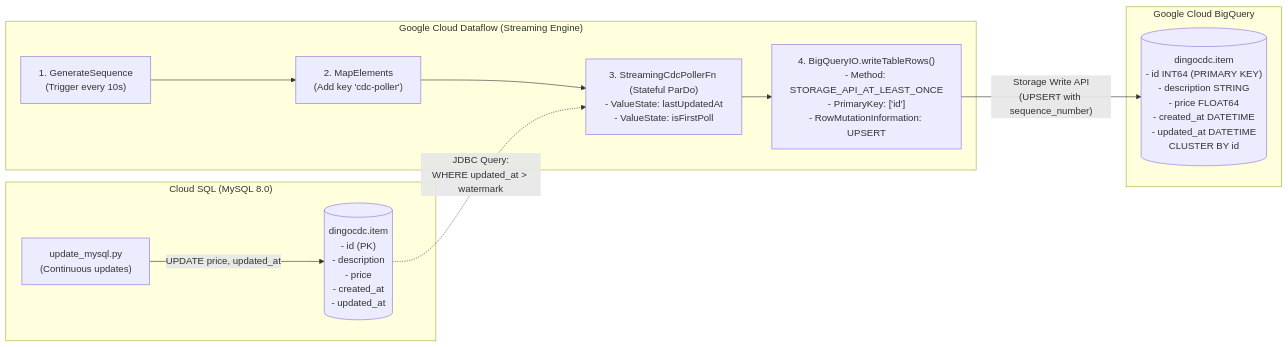
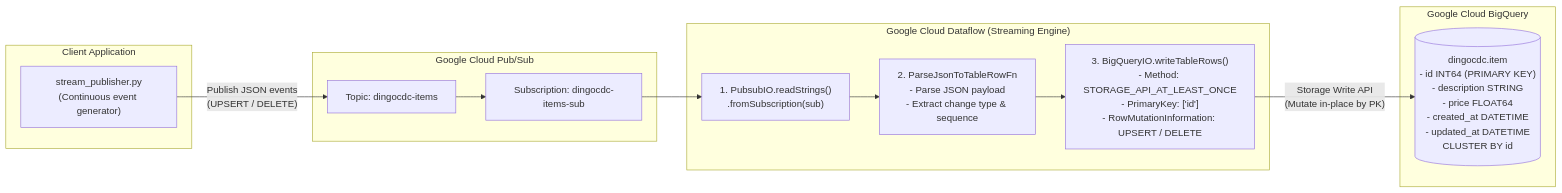
The first of 2 diagrams in README.md (cloudymoma/bqcdc), drawn with Mermaid before and after one commit. The commit also changed other lines of this file and 15 other files, not shown here.

Commit message:
feat: initial checkin for Pubsub to BigQuery Demo

````diff
--- a/README.md
+++ b/README.md
@@ -15,24 +13,28 @@
 ```mermaid
 flowchart LR
-    subgraph MySQL["Cloud SQL (MySQL 8.0)"]
-        SourceTable[("dingocdc.item\n- id (PK)\n- description\n- price\n- created_at\n- updated_at")]
-        Updater["update_mysql.py\n(Continuous updates)"]
-        Updater -->|"UPDATE price, updated_at"| SourceTable
+    subgraph Client["Client Application"]
+        Generator["stream_publisher.py\n(Continuous event generator)"]
+    end
+
+    subgraph PubSub["Google Cloud Pub/Sub"]
+        Topic["Topic: dingocdc-items"]
+        Sub["Subscription: dingocdc-items-sub"]
+        Topic --> Sub
     end
 
     subgraph Dataflow["Google Cloud Dataflow (Streaming Engine)"]
-        Trigger["1. GenerateSequence\n(Trigger every 10s)"]
-        Keying["2. MapElements\n(Add key 'cdc-poller')"]
-        Poller["3. StreamingCdcPollerFn (Stateful ParDo)\n- ValueState: lastUpdatedAt\n- ValueState: isFirstPoll"]
-        BQWriter["4. BigQueryIO.writeTableRows()\n- Method: STORAGE_API_AT_LEAST_ONCE\n- PrimaryKey: ['id']\n- RowMutationInformation: UPSERT"]
-        
-        Trigger --> Keying --> Poller --> BQWriter
+        Source["1. PubsubIO.readStrings()\n.fromSubscription(sub)"]
+        Parser["2. ParseJsonToTableRowFn\n- Parse JSON payload\n- Extract change type & sequence"]
+        BQWriter["3. BigQueryIO.writeTableRows()\n- Method: STORAGE_API_AT_LEAST_ONCE\n- PrimaryKey: ['id']\n- RowMutationInformation: UPSERT / DELETE"]
+
+        Source --> Parser --> BQWriter
     end
 
     subgraph BigQuery["Google Cloud BigQuery"]
         TargetTable[("dingocdc.item\n- id INT64 (PRIMARY KEY)\n- description STRING\n- price FLOAT64\n- created_at DATETIME\n- updated_at DATETIME\nCLUSTER BY id")]
     end
 
-    SourceTable -.->|"JDBC Query:\nWHERE updated_at > watermark"| Poller
-    BQWriter -->|"Storage Write API\n(UPSERT with sequence_number)"| TargetTable
+    Generator -->|"Publish JSON events\n(UPSERT / DELETE)"| Topic
+    Sub --> Source
+    BQWriter -->|"Storage Write API\n(Mutate in-place by PK)"| TargetTable
 ```
````
